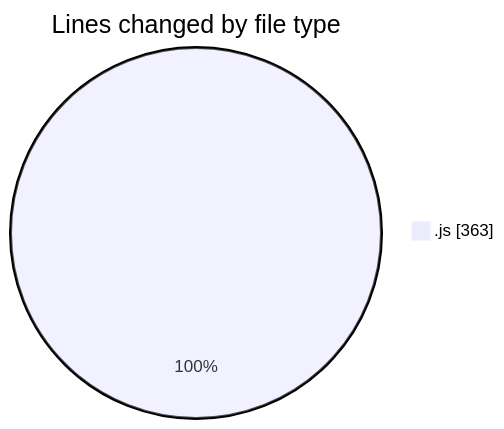
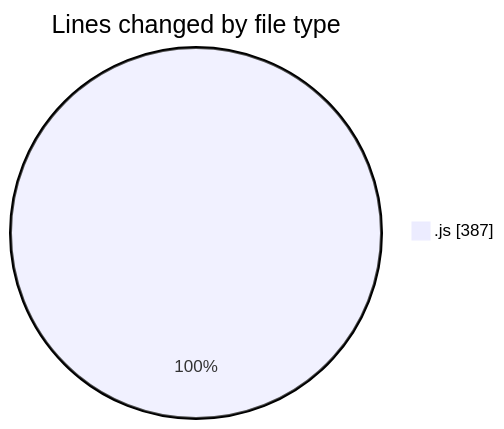
One commit to nxtqubesakshisongat/code-tracking changed the first of 2 diagrams in 2025-07-23/nxtqube_webapp/README.md. Above: the diagram before and after it, drawn with Mermaid. The commit also changed other lines of this file and 1 other file, not shown here.

````diff
--- a/2025-07-23/nxtqube_webapp/README.md
+++ b/2025-07-23/nxtqube_webapp/README.md
@@ -20,5 +20,5 @@
 ```mermaid
 pie showData
 title Lines changed by file type
-".js" : 363
+".js" : 387
 ```
````
